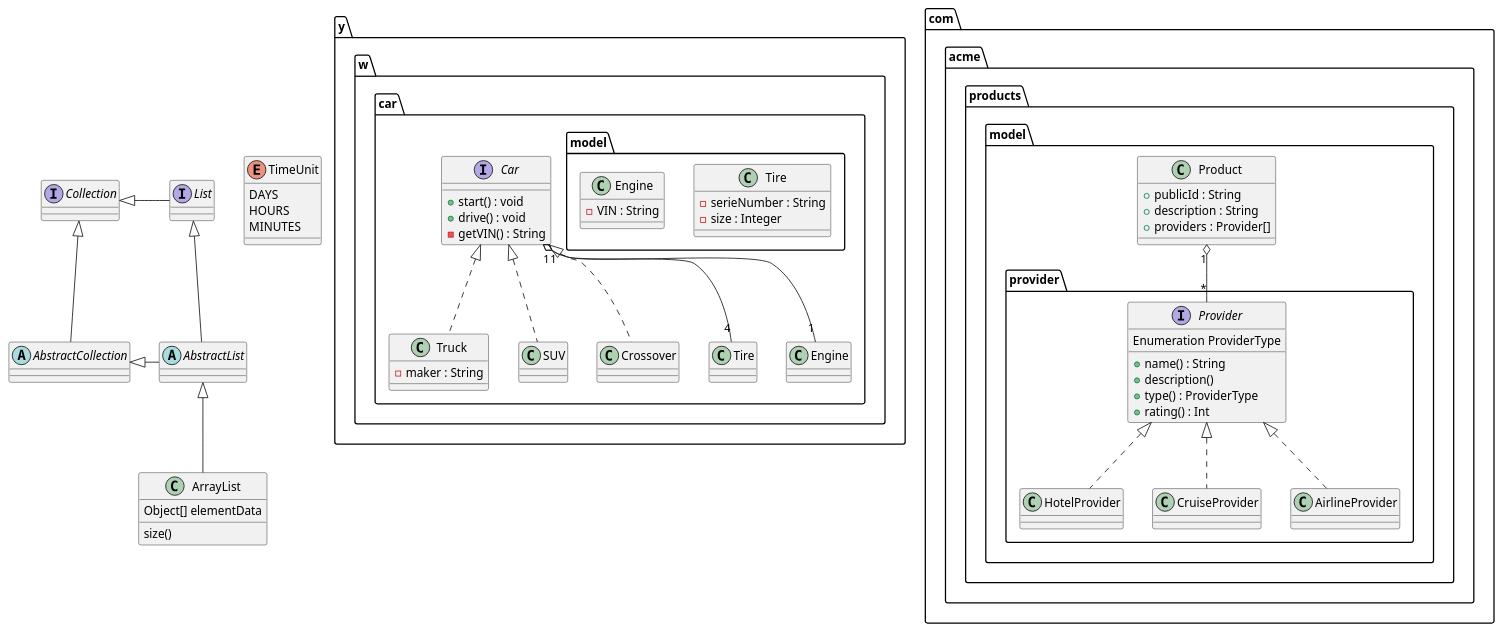
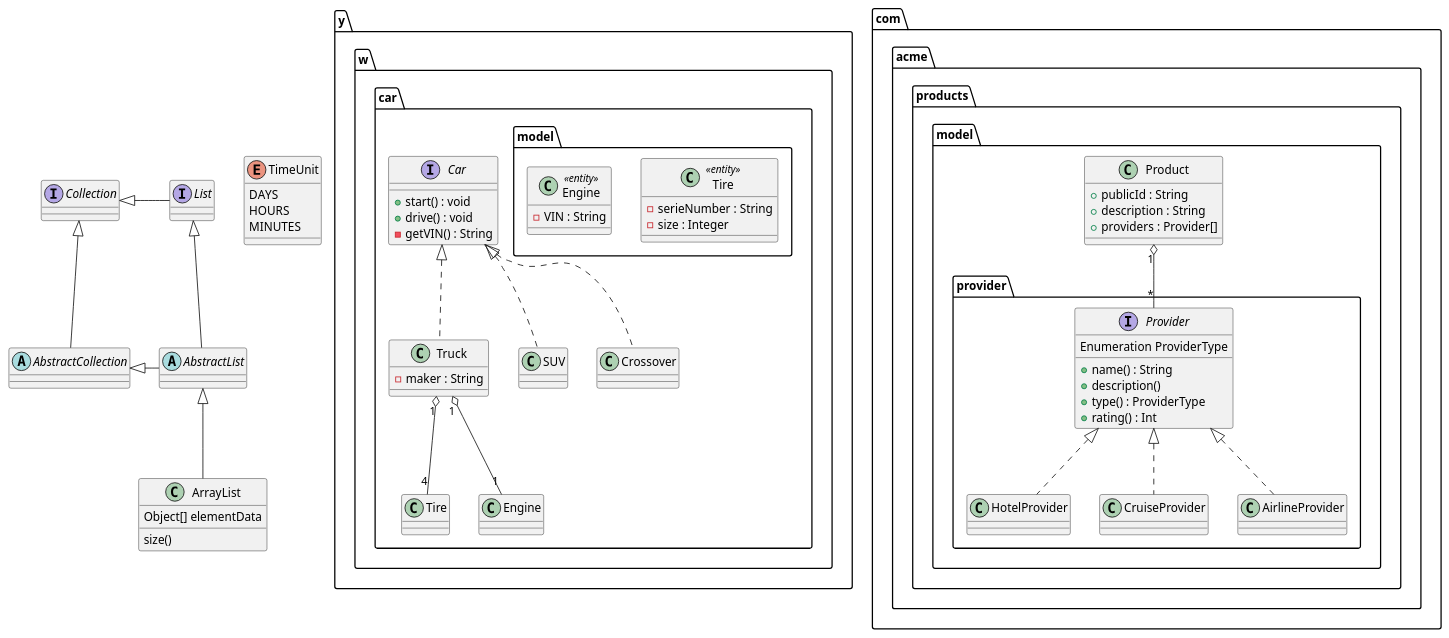
Before and after one commit to wy8162/xperia: the diagram in asciidoc/uml/UML_Class2.puml, drawn with PlantUML. The commit also changed 8 other files, not shown here.

```diff
--- a/asciidoc/uml/UML_Class2.puml
+++ b/asciidoc/uml/UML_Class2.puml
@@ -1,80 +1,80 @@
 @startuml
 package y.w.car {
   interface Car {
     +start() : void
     +drive() : void
     -getVIN() : String
   }
 
   class Truck implements Car {
     -maker : String
   }
 
   class SUV implements Car
   class Crossover implements Car
 
-  Car "1" o-- "4" Tire
-  Car "1" o-- "1" Engine
+  Truck "1" o-- "4" Tire
+  Truck "1" o-- "1" Engine
 }
 
 package y.w.car.model {
-  class Tire {
+  class Tire <<entity>> {
     - serieNumber : String
     - size : Integer
   }
 
-  class Engine {
+  class Engine <<entity>> {
     - VIN : String
   }
 }
 
 
 package com.acme.products.model.provider {
     interface Provider {
         Enumeration ProviderType
         + name() : String
         + description()
         + type() : ProviderType
         + rating() : Int
     }
 
     class HotelProvider implements Provider
     class CruiseProvider implements Provider
     class AirlineProvider implements Provider
 }
 
 package com.acme.products.model {
    class Product {
     + publicId : String
     + description : String
     + providers : Provider[]
    }
 
    Product "1" o-- "*" Provider
 }
 
 
 abstract class AbstractList
 abstract AbstractCollection
 interface List
 interface Collection
 
 List <|-- AbstractList
 Collection <|-- AbstractCollection
 
 Collection <|- List
 AbstractCollection <|- AbstractList
 AbstractList <|-- ArrayList
 
 class ArrayList {
 Object[] elementData
 size()
 }
 
 enum TimeUnit {
 DAYS
 HOURS
 MINUTES
 }
 
 @enduml
```
